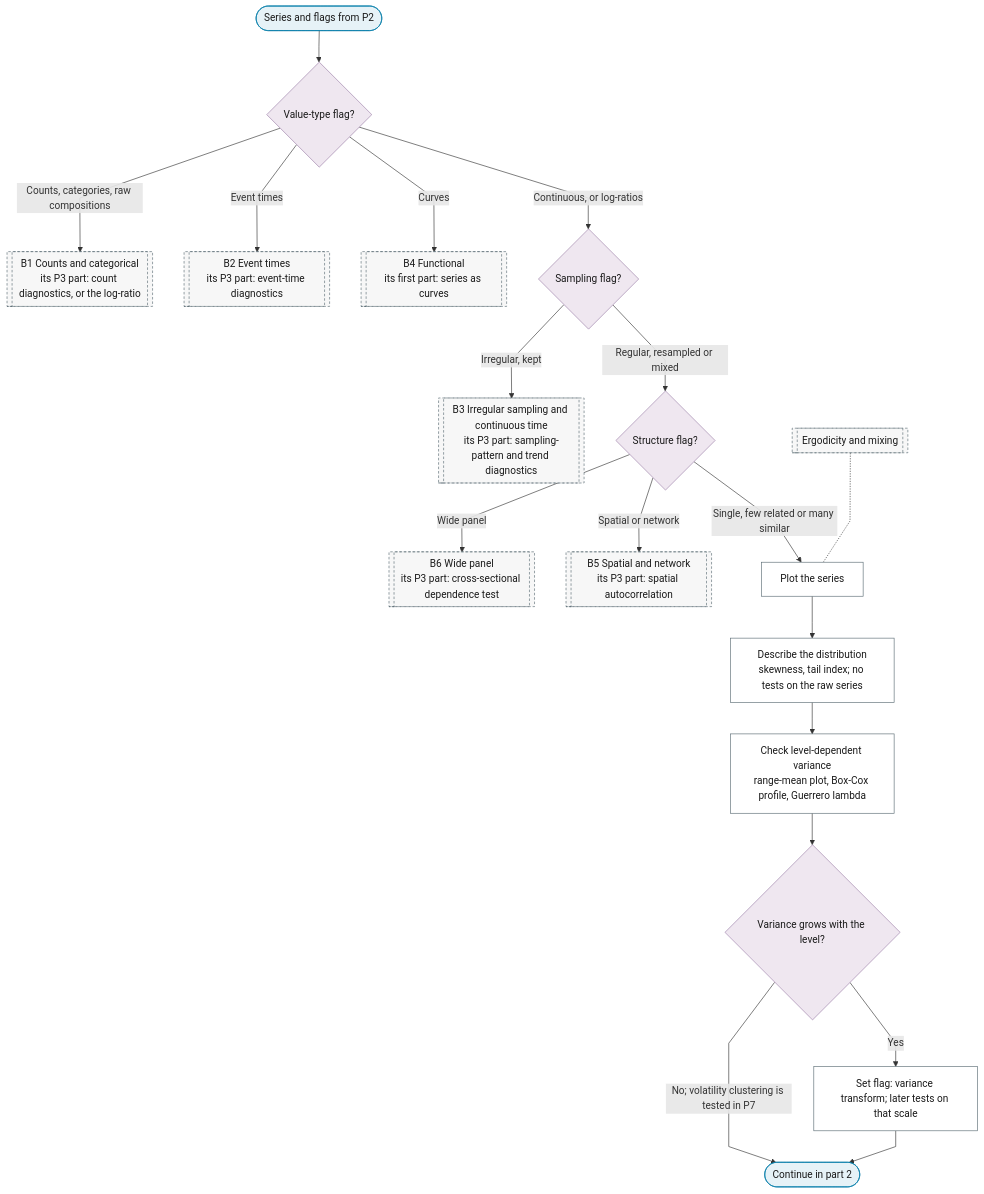
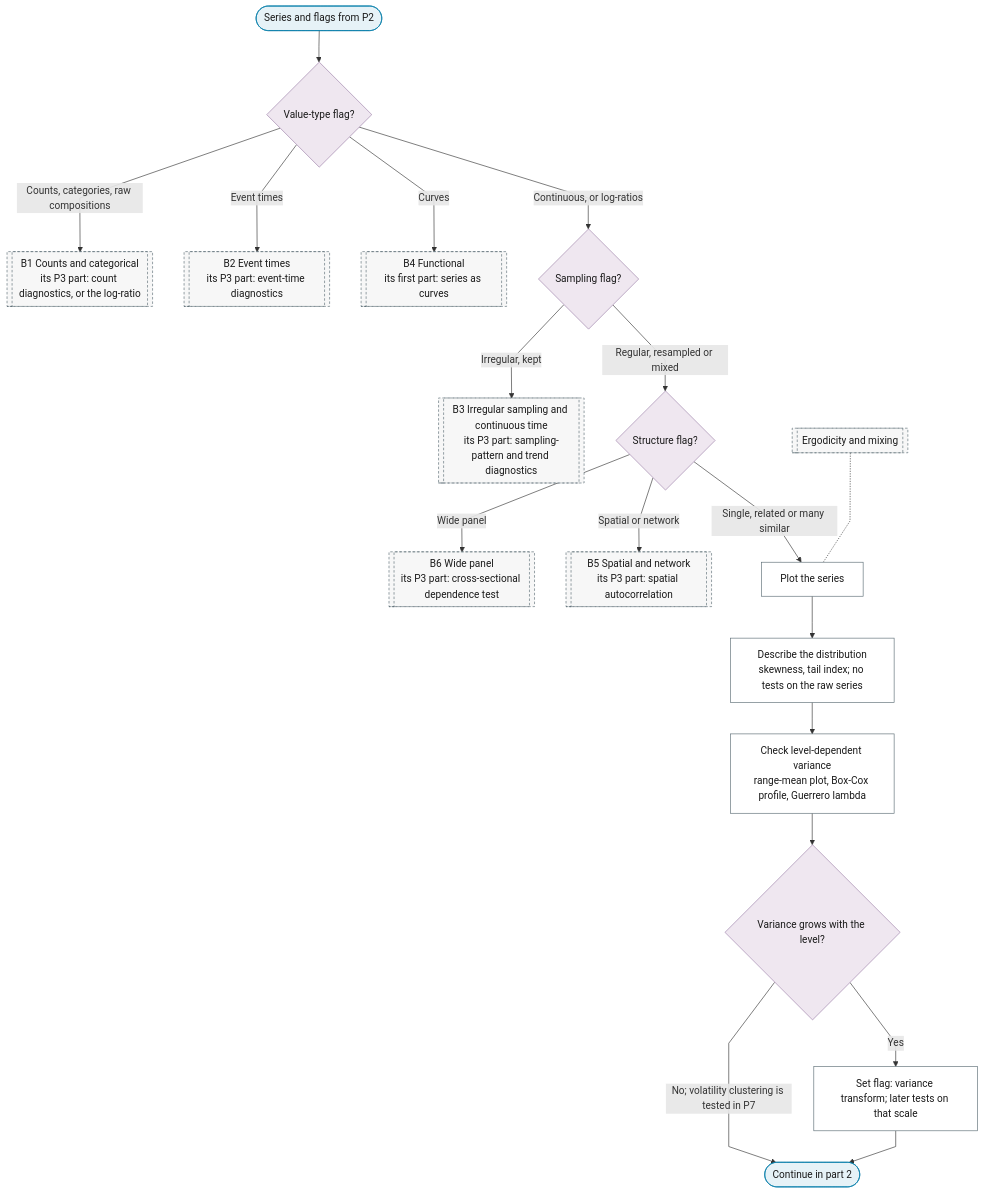
One commit to Shuxin-Y/time-series-analysis-manual changed the first of 4 diagrams in docs/01-workflow/p03-exploratory-diagnostics.md. Above: the diagram before and after it, drawn with Mermaid. The commit also changed 17 other files, not shown here.

First line of the commit message:
fix(charts): round-3 review fixes to seasonality, thresholds and branch flags

````diff
--- a/docs/01-workflow/p03-exploratory-diagnostics.md
+++ b/docs/01-workflow/p03-exploratory-diagnostics.md
@@ -11,33 +11,33 @@
 ```mermaid
 %%{init: {"flowchart": {"curve": "linear"}}}%%
 graph TD
     P3_IN(["Series and flags from P2"]) --> P3_TYPE{"Value-type flag?"}
     P3_TYPE -->|"Counts, categories, raw compositions"| B1[["B1 Counts and categorical<br/>its P3 part: count diagnostics, or the log-ratio"]]
     P3_TYPE -->|"Event times"| B2[["B2 Event times<br/>its P3 part: event-time diagnostics"]]
     P3_TYPE -->|"Curves"| B4[["B4 Functional<br/>its first part: series as curves"]]
     P3_TYPE -->|"Continuous, or log-ratios"| P3_SAMPLING{"Sampling flag?"}
     P3_SAMPLING -->|"Irregular, kept"| B3[["B3 Irregular sampling and continuous time<br/>its P3 part: sampling-pattern and trend diagnostics"]]
     P3_SAMPLING -->|"Regular, resampled or mixed"| P3_STRUCTURE{"Structure flag?"}
     P3_STRUCTURE -->|"Wide panel"| B6[["B6 Wide panel<br/>its P3 part: cross-sectional dependence test"]]
     P3_STRUCTURE -->|"Spatial or network"| B5[["B5 Spatial and network<br/>its P3 part: spatial autocorrelation"]]
-    P3_STRUCTURE -->|"Single, few related or many similar"| P3_PLOT["Plot the series"]
+    P3_STRUCTURE -->|"Single, related or many similar"| P3_PLOT["Plot the series"]
     P3_PLOT --> P3_DISTRIBUTION["Describe the distribution<br/>skewness, tail index; no tests on the raw series"]
     P3_DISTRIBUTION --> P3_VARIANCE_STABILITY["Check level-dependent variance<br/>range-mean plot, Box-Cox profile, Guerrero lambda"]
     P3_VARIANCE_STABILITY --> P3_HETERO{"Variance grows with the level?"}
     P3_HETERO -->|"Yes"| P3_VARIANCE_FLAG["Set flag: variance transform; later tests on that scale"]
     P3_HETERO -->|"No; volatility clustering is tested in P7"| P3_TO_PART_2(["Continue in part 2"])
     P3_VARIANCE_FLAG --> P3_TO_PART_2
     F_ERGODICITY[["Ergodicity and mixing"]] -.- P3_PLOT
     class P3_IN,P3_TO_PART_2 terminator
     class P3_TYPE,P3_SAMPLING,P3_STRUCTURE,P3_HETERO decision
     class P3_PLOT,P3_DISTRIBUTION,P3_VARIANCE_STABILITY,P3_VARIANCE_FLAG process
     class B1,B2,B4,B3,B6,B5,F_ERGODICITY ref
     classDef terminator fill:#E6F2F7,stroke:#007BA7,color:#1A1A1A;
     classDef process fill:#FFFFFF,stroke:#5A6B73,color:#1A1A1A;
     classDef decision fill:#EFE7F0,stroke:#9B7FA7,color:#1A1A1A;
     classDef data fill:#FFF4E0,stroke:#C9A55E,color:#1A1A1A;
     classDef good fill:#DCEFD8,stroke:#4A7A3F,color:#1A1A1A;
     classDef escalate fill:#FFE9C2,stroke:#C9A55E,color:#1A1A1A;
     classDef problem fill:#F2D9DE,stroke:#800020,color:#1A1A1A;
     classDef ref fill:#F7F7F7,stroke:#5A6B73,color:#1A1A1A,stroke-dasharray:4 3;
 ```
````
